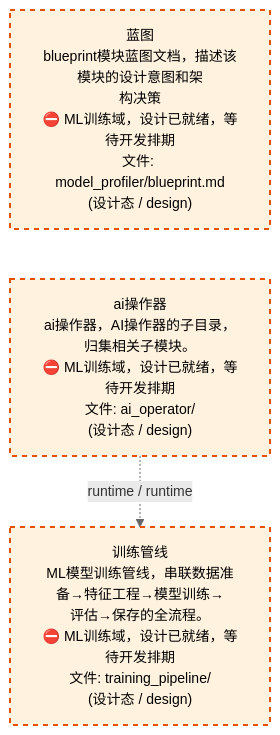
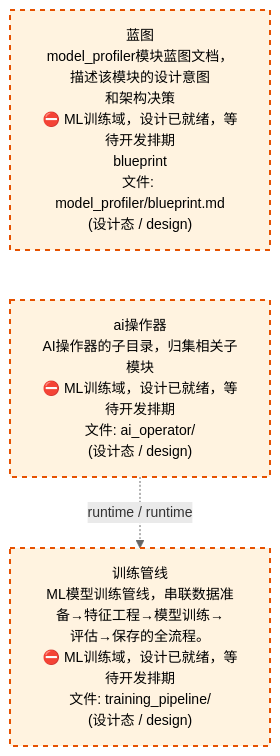
Before and after one commit to xuanFelixVan/ZephyrAlpha: the third of 4 diagrams in docs/02_enterprise_architecture/02_domain_architecture_docs/61_d_ml_train.md, drawn with Mermaid. The commit also changed other lines of this file and 59 other files, not shown here.

````diff
--- a/docs/02_enterprise_architecture/02_domain_architecture_docs/61_d_ml_train.md
+++ b/docs/02_enterprise_architecture/02_domain_architecture_docs/61_d_ml_train.md
@@ -119,14 +119,14 @@
 ```mermaid
 %%{init: {'theme': 'base', 'themeVariables': {'primaryColor': '#eaeaea', 'primaryTextColor': '#333333', 'primaryBorderColor': '#666666', 'lineColor': '#666666', 'secondaryColor': '#eaeaea', 'tertiaryColor': '#eaeaea', 'fontSize': '14px'}}}%%
 flowchart TD
-    docs_03_modules_cross_layer_model_profiler_blueprint_md["蓝图<br/>blueprint模块蓝图文档，描述该模块的设计意图和架<br/>构决策<br/>⛔ ML训练域，设计已就绪，等待开发排期<br/>文件: model_profiler/blueprint.md<br/>(设计态 / design)"]
-    src_zephyr_ml_train_ai_operator["ai操作器<br/>ai操作器，AI操作器的子目录，归集相关子模块。<br/>⛔ ML训练域，设计已就绪，等待开发排期<br/>文件: ai_operator/<br/>(设计态 / design)"]
+    docs_03_modules_cross_layer_model_profiler_blueprint_md["蓝图<br/>model_profiler模块蓝图文档，描述该模块的设计意图<br/>和架构决策<br/>⛔ ML训练域，设计已就绪，等待开发排期<br/>blueprint<br/>文件: model_profiler/blueprint.md<br/>(设计态 / design)"]
+    src_zephyr_ml_train_ai_operator["ai操作器<br/>AI操作器的子目录，归集相关子模块<br/>⛔ ML训练域，设计已就绪，等待开发排期<br/>文件: ai_operator/<br/>(设计态 / design)"]
     docs_03_modules_cross_layer_model_profiler_blueprint_md ~~~ src_zephyr_ml_train_ai_operator
     src_zephyr_ml_train_training_pipeline["训练管线<br/>ML模型训练管线，串联数据准备→特征工程→模型训练→<br/>评估→保存的全流程。<br/>⛔ ML训练域，设计已就绪，等待开发排期<br/>文件: training_pipeline/<br/>(设计态 / design)"]
     src_zephyr_ml_train_ai_operator -.->|runtime / runtime| src_zephyr_ml_train_training_pipeline
     classDef production fill:#e1f5fe,stroke:#01579b,stroke-width:2px,color:#000
     classDef design fill:#fff3e0,stroke:#e65100,stroke-width:2px,color:#000,stroke-dasharray: 5 5
     classDef external_prod fill:#e8f4fd,stroke:#0277bd,stroke-width:1px,color:#000
     classDef external_design fill:#fff8e7,stroke:#ef6c00,stroke-width:1px,color:#000,stroke-dasharray: 5 5
     class docs_03_modules_cross_layer_model_profiler_blueprint_md,src_zephyr_ml_train_ai_operator,src_zephyr_ml_train_training_pipeline design
 ```
````
